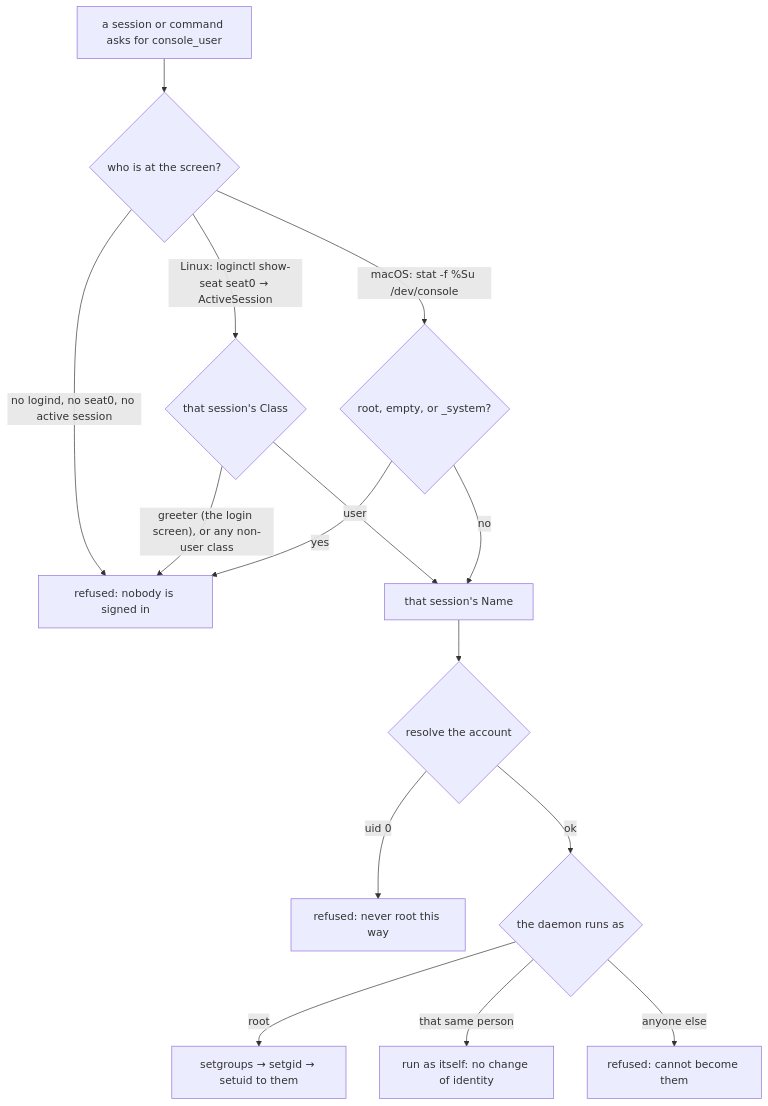
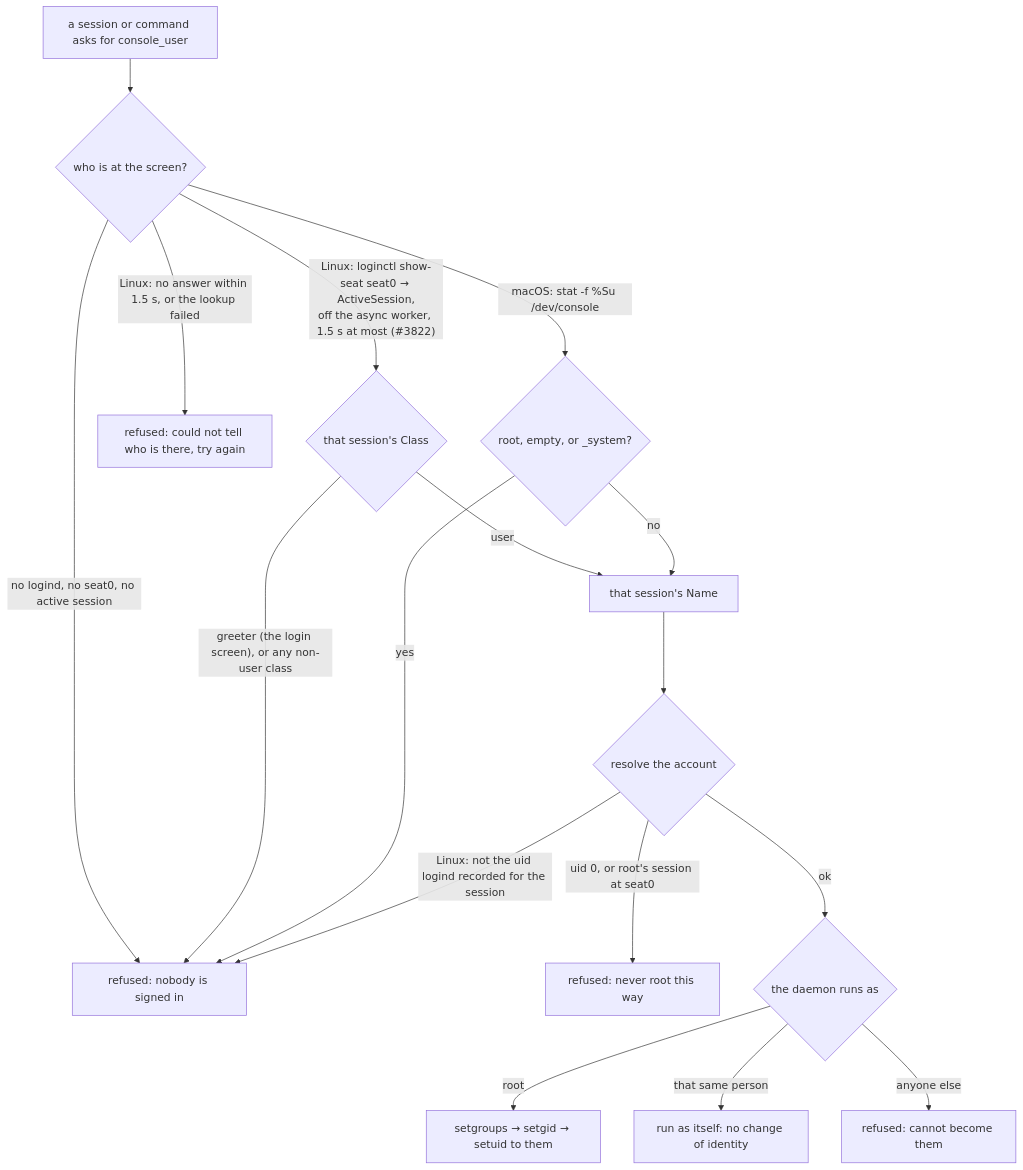
The fifth of 8 diagrams in docs/roomler-ssh.md (gjovanov/roomler-ai), drawn with Mermaid before and after one commit. The commit also changed other lines of this file and 29 other files, not shown here.

First line of the commit message:
fix(exec): console_user asks who is at seat0 off the async worker, 1.5 s at most, and a timeout refuses with try again (#3851)

````diff
--- a/docs/roomler-ssh.md
+++ b/docs/roomler-ssh.md
@@ -638,17 +638,19 @@
 ```mermaid
 flowchart TD
   S["a session or command asks for console_user"] --> L{"who is at the screen?"}
-  L -- "Linux: loginctl show-seat seat0 → ActiveSession" --> K{"that session's Class"}
+  L -- "Linux: loginctl show-seat seat0 → ActiveSession,<br/>off the async worker, 1.5 s at most (#3822)" --> K{"that session's Class"}
+  L -- "Linux: no answer within 1.5 s, or the lookup failed" --> X4["refused: could not tell who is there, try again"]
   L -- "macOS: stat -f %Su /dev/console" --> M{"root, empty, or _system?"}
   L -- "no logind, no seat0, no active session" --> X1["refused: nobody is signed in"]
   K -- "greeter (the login screen), or any non-user class" --> X1
   K -- user --> A["that session's Name"]
   M -- yes --> X1
   M -- no --> A
   A --> R{"resolve the account"}
-  R -- "uid 0" --> X2["refused: never root this way"]
+  R -- "uid 0, or root's session at seat0" --> X2["refused: never root this way"]
+  R -- "Linux: not the uid logind recorded for the session" --> X1
   R -- ok --> D{"the daemon runs as"}
   D -- root --> DROP["setgroups → setgid → setuid to them"]
   D -- "that same person" --> SELF["run as itself: no change of identity"]
   D -- "anyone else" --> X3["refused: cannot become them"]
 ```
````
